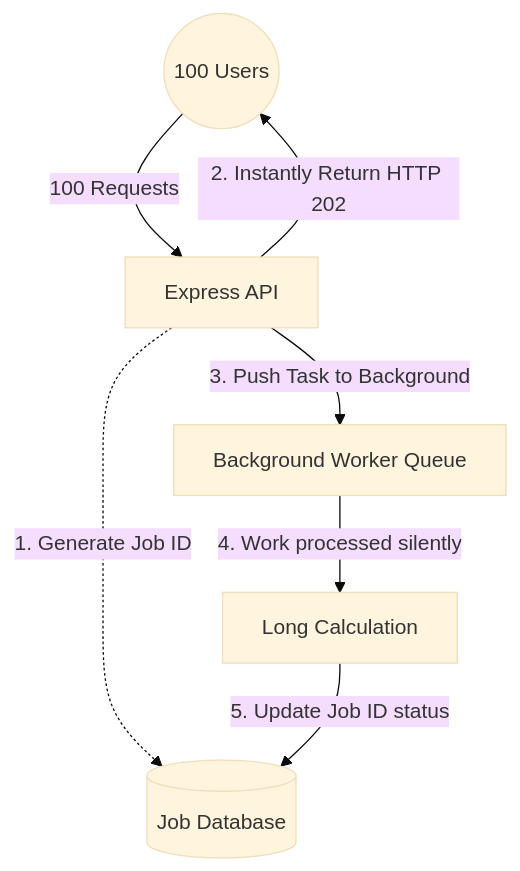
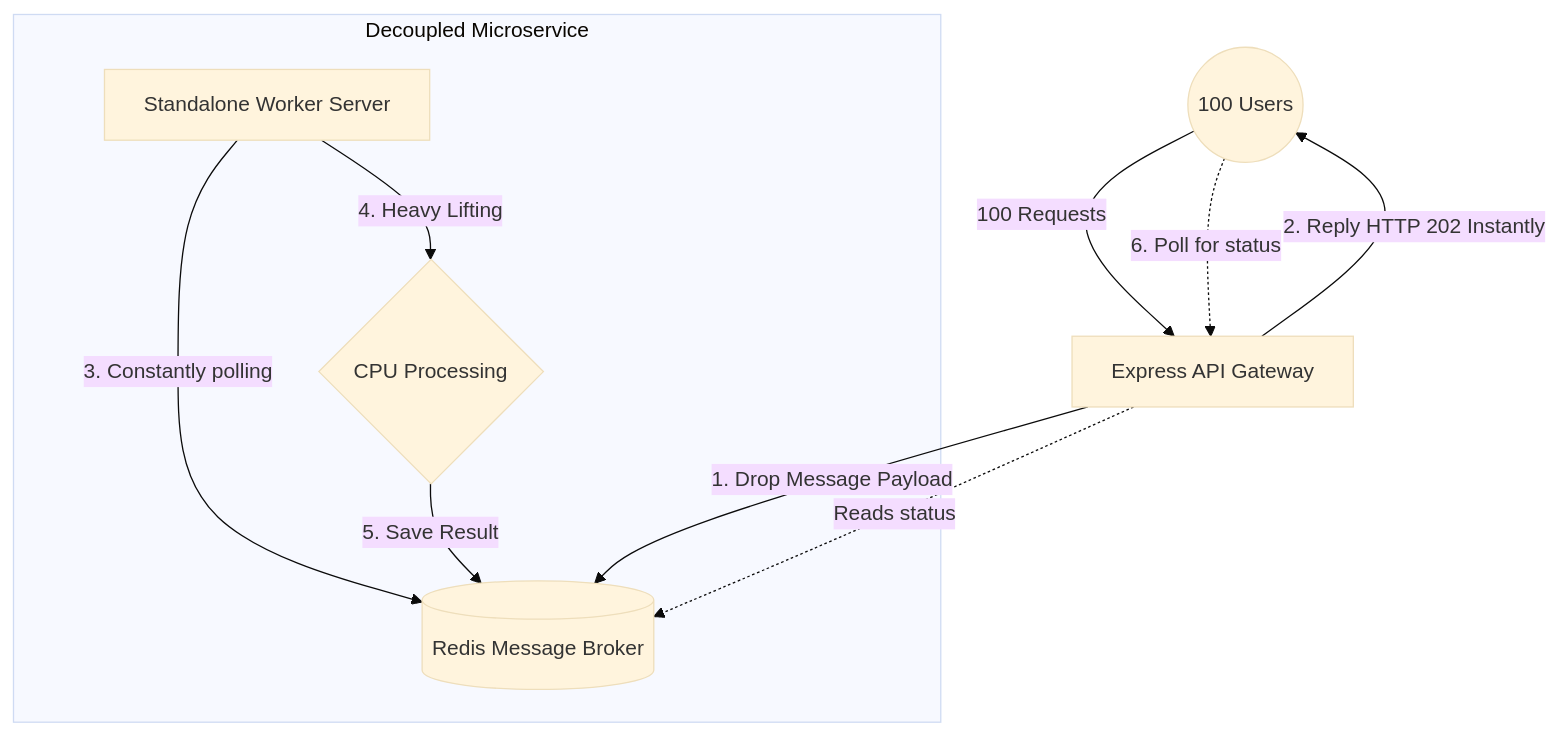
One commit to adilhusain01/Multithreading changed the fourth of 4 diagrams in README.md. Above: the diagram before and after it, drawn with Mermaid (base theme). The commit also changed other lines of this file and 1463 other files, not shown here.

Commit message:
feat: complete rewrite of async task queue into true enterprise BullMQ Redis architecture

````diff
--- a/README.md
+++ b/README.md
@@ -117,9 +122,15 @@
 ```mermaid
 graph TD
-    Users((100 Users)) -->|100 Requests| API[Express API]
-    API -.->|1. Generate Job ID| DB[(Job Database)]
-    API -->|2. Instantly Return HTTP 202| Users
-    API -->|3. Push Task to Background| Queue[Background Worker Queue]
-    Queue -->|4. Work processed silently| Calc[Long Calculation]
-    Calc -->|5. Update Job ID status| DB
+    Users((100 Users)) -->|100 Requests| API[Express API Gateway]
+    API -->|1. Drop Message Payload| Redis[(Redis Message Broker)]
+    API -->|2. Reply HTTP 202 Instantly| Users
+    
+    subgraph Decoupled Microservice
+    Worker[Standalone Worker Server] -->|3. Constantly polling| Redis
+    Worker -->|4. Heavy Lifting| CPU{CPU Processing}
+    CPU -->|5. Save Result| Redis
+    end
+    
+    Users -.->|6. Poll for status| API
+    API -.->|Reads status| Redis
 ```
````
